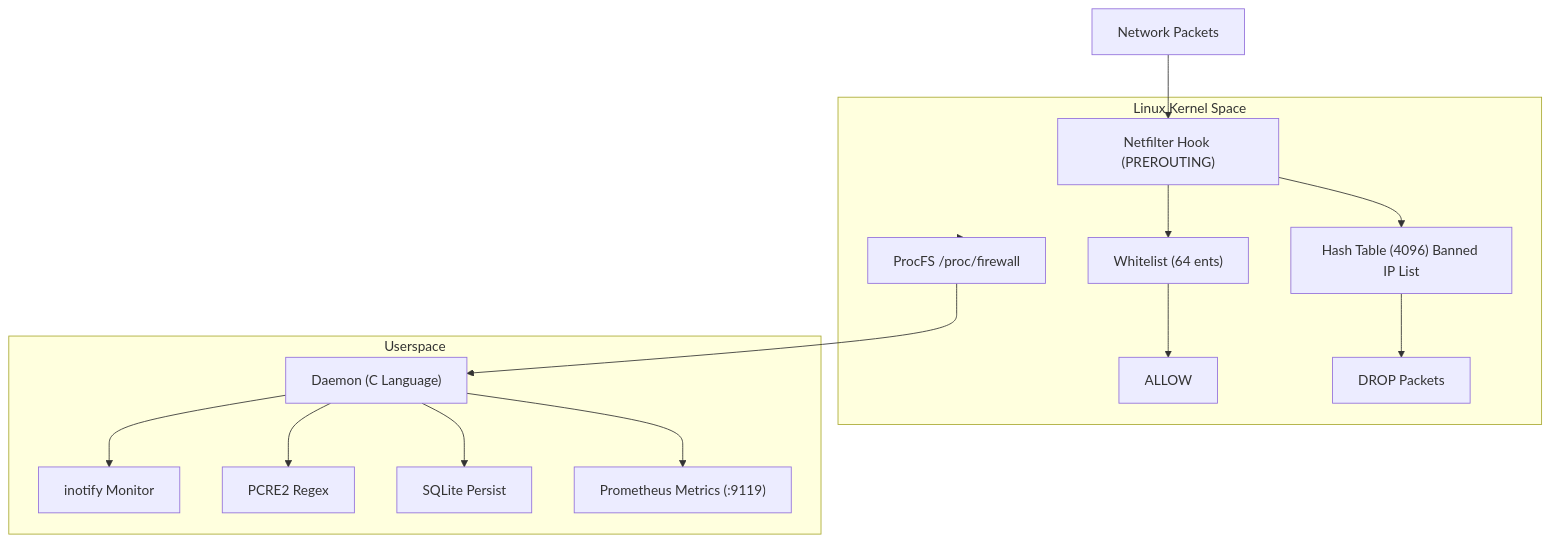
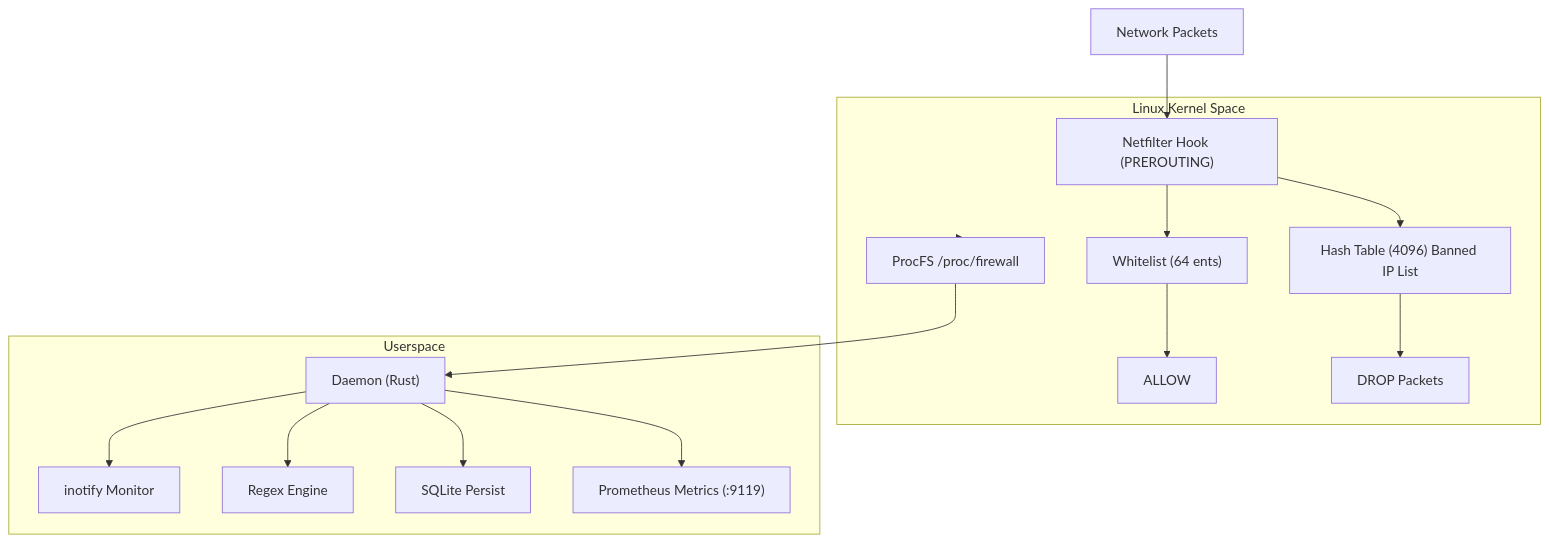
One commit to SnowCore8/linux-firewall-kmod changed the diagram in docs/en/README.md. Above: the diagram before and after it, drawn with Mermaid. The commit also changed other lines of this file and 35 other files, not shown here.

First line of the commit message:
chore(daemon): post-migration polish for Rust daemon

````diff
--- a/docs/en/README.md
+++ b/docs/en/README.md
@@ -26,34 +26,34 @@
 ```mermaid
 graph TB
     NetworkPackets["Network Packets"] --> NetfilterHook
 
     subgraph KernelSpace["Linux Kernel Space"]
         NetfilterHook["Netfilter Hook (PREROUTING)"]
         Whitelist["Whitelist (64 ents)"]
         HashTable["Hash Table (4096) Banned IP List"]
         Allow["ALLOW"]
         Drop["DROP Packets"]
         ProcFS["ProcFS /proc/firewall"]
 
         NetfilterHook --> Whitelist
         NetfilterHook --> HashTable
         Whitelist --> Allow
         HashTable --> Drop
     end
 
     subgraph Userspace["Userspace"]
-        Daemon["Daemon (C Language)"]
+        Daemon["Daemon (Rust)"]
         Inotify["inotify Monitor"]
-        PCRE2["PCRE2 Regex"]
+        Regex["Regex Engine"]
         SQLite["SQLite Persist"]
         Prometheus["Prometheus Metrics (:9119)"]
 
         Daemon --> Inotify
-        Daemon --> PCRE2
+        Daemon --> Regex
         Daemon --> SQLite
         Daemon --> Prometheus
     end
 
     KernelSpace --> ProcFS
     ProcFS --> Daemon
 ```
````
